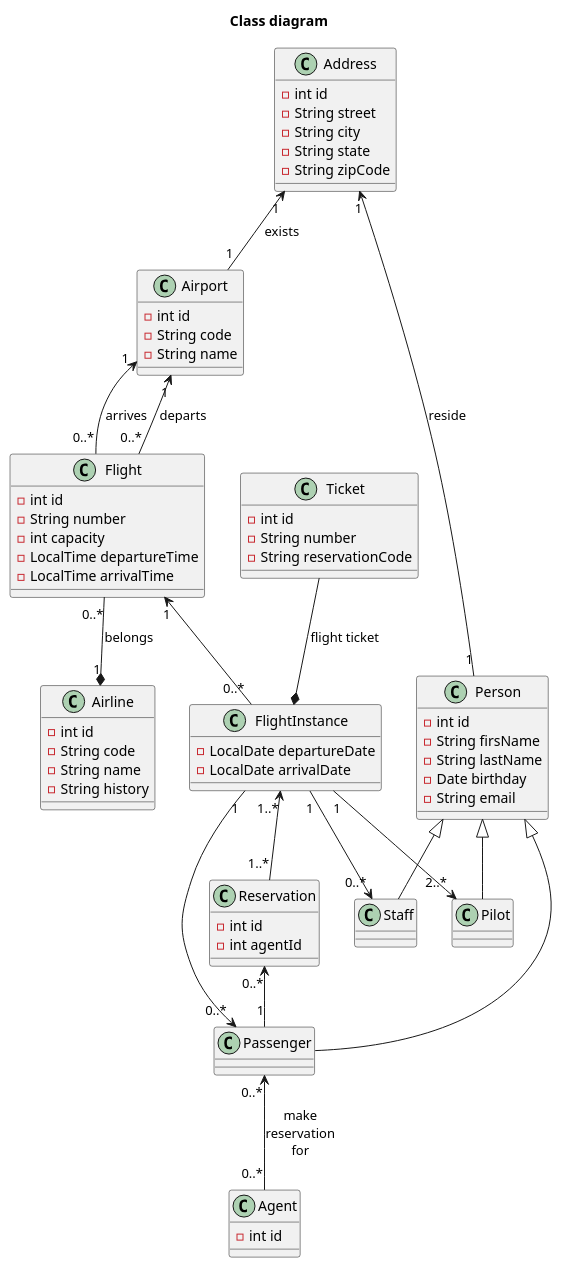
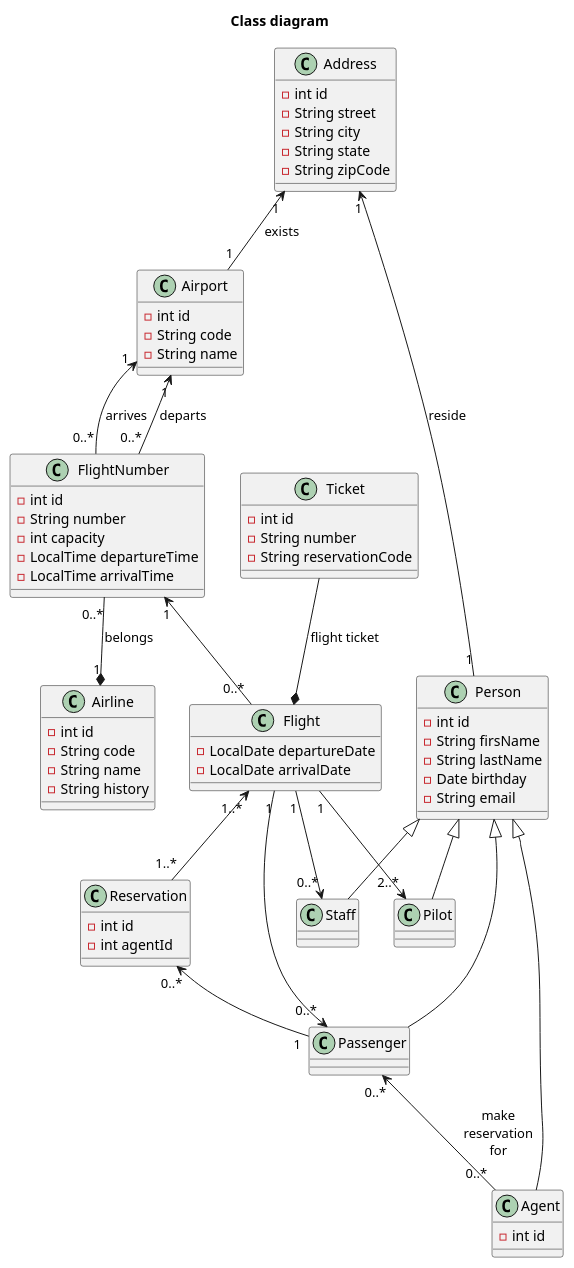
One commit to Ochirgarid/mpp-project changed the diagram in diagrams/plantuml/1-class-diagram.md. Above: the diagram before and after it, drawn with PlantUML. The commit also changed 1 other file, not shown here.

Commit message:
Flight->FlightNumber, FlightInstance->Flight

````diff
--- a/diagrams/plantuml/1-class-diagram.md
+++ b/diagrams/plantuml/1-class-diagram.md
@@ -24,7 +24,7 @@
     - String zipCode
 }
 
-class Flight {
+class FlightNumber {
     - int id
     - String number
     - int capacity
@@ -32,7 +32,7 @@
     - LocalTime arrivalTime
 }
 
-class FlightInstance {
+class Flight {
     - LocalDate departureDate
     - LocalDate arrivalDate
 }
@@ -71,27 +71,28 @@
 }
 
 
-Flight "0..*" --* "1" Airline : belongs
-Airport "1" <-- "0..*" Flight : arrives
-Airport "1" <-- "0..*" Flight : departs
+FlightNumber "0..*" --* "1" Airline : belongs
+Airport "1" <-- "0..*" FlightNumber : arrives
+Airport "1" <-- "0..*" FlightNumber : departs
 
 Address "1" <-- "1" Airport : exists
 Address "1" <-- "1" Person : reside
 
-FlightInstance "1" --> "0..*" Passenger
-Ticket --* FlightInstance : flight ticket
-FlightInstance "1..*" <-- "1..*" Reservation
+Flight "1" --> "0..*" Passenger
+Ticket --* Flight : flight ticket
+Flight "1..*" <-- "1..*" Reservation
 Reservation "0..*" <-- "1" Passenger
 
-Flight "1" <-- "0..*" FlightInstance
+FlightNumber "1" <-- "0..*" Flight
 Person <|-- Passenger
 Person <|-- Pilot
 Person <|-- Staff
+Person <|-- Agent
 
 Passenger "0..*" <-- "0..*" Agent : make\nreservation\nfor
 
-FlightInstance "1" --> "2..*" Pilot
-FlightInstance "1" --> "0..*" Staff
+Flight "1" --> "2..*" Pilot
+Flight "1" --> "0..*" Staff
 
 @enduml
 ```
````
